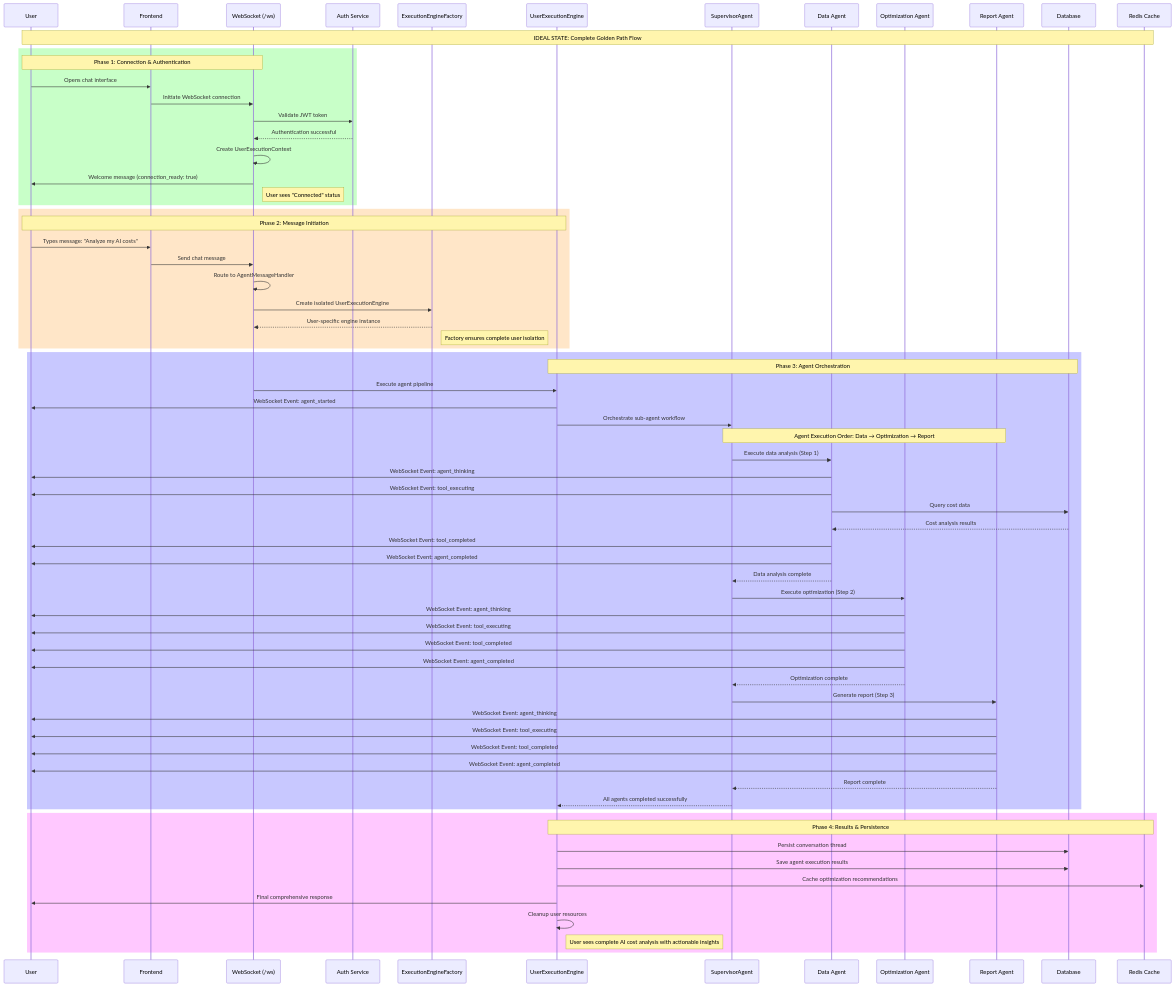
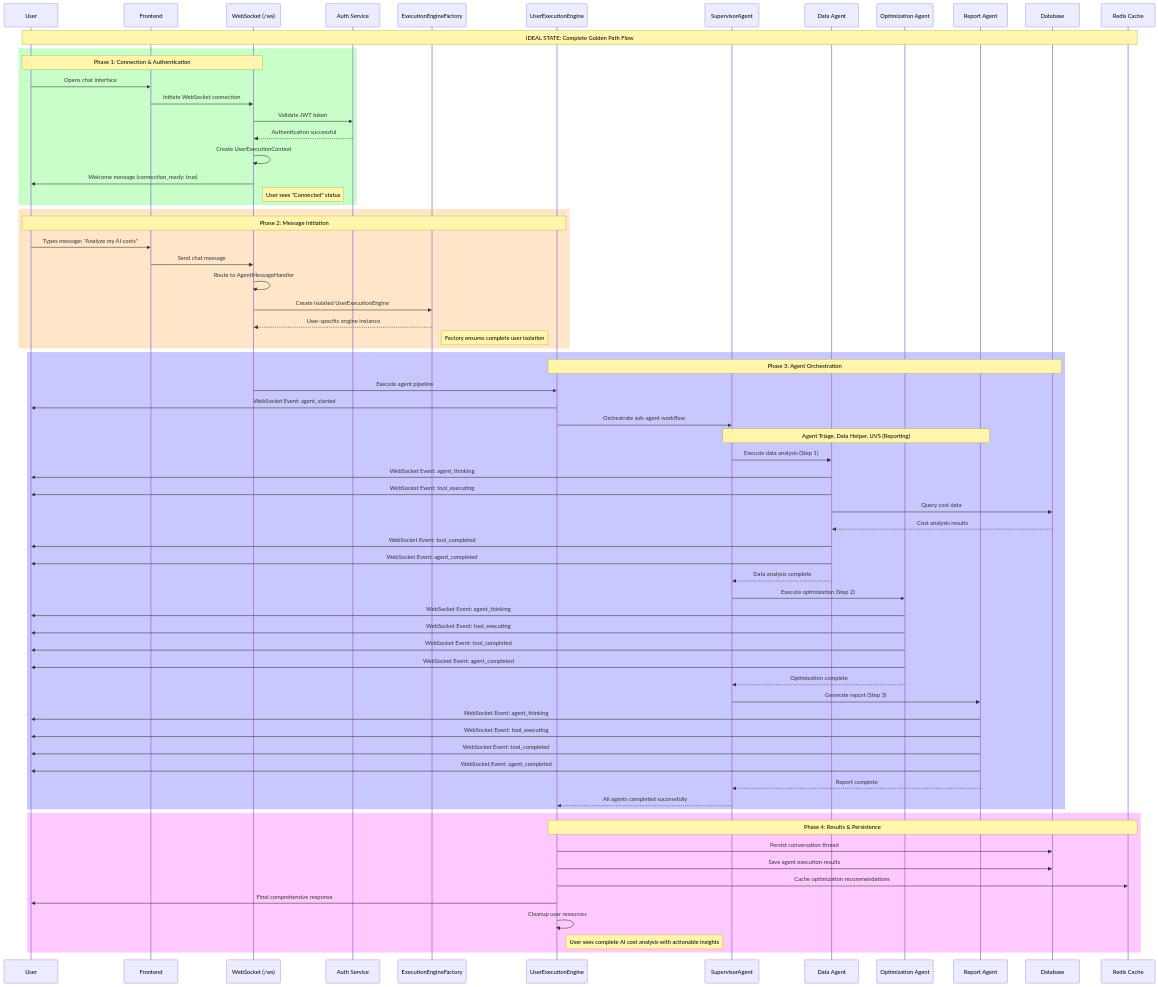
Before and after one commit to netra-systems/zen: the second of 12 diagrams in docs/GOLDEN_PATH_USER_FLOW_COMPLETE.md, drawn with Mermaid. The commit also changed 17 other files, not shown here.

````diff
--- a/docs/GOLDEN_PATH_USER_FLOW_COMPLETE.md
+++ b/docs/GOLDEN_PATH_USER_FLOW_COMPLETE.md
@@ -86,82 +86,82 @@
 ```mermaid
 sequenceDiagram
     participant User
     participant Frontend
     participant WebSocket as WebSocket (/ws)
     participant Auth as Auth Service
     participant Factory as ExecutionEngineFactory
     participant Engine as UserExecutionEngine
     participant Supervisor as SupervisorAgent
     participant DataAgent as Data Agent
     participant OptAgent as Optimization Agent
     participant ReportAgent as Report Agent
     participant DB as Database
     participant Redis as Redis Cache
     
     Note over User,Redis: IDEAL STATE: Complete Golden Path Flow
     
     rect rgb(200, 255, 200)
         Note over User,WebSocket: Phase 1: Connection & Authentication
         User->>Frontend: Opens chat interface
         Frontend->>WebSocket: Initiate WebSocket connection
         WebSocket->>Auth: Validate JWT token
         Auth-->>WebSocket: Authentication successful
         WebSocket->>WebSocket: Create UserExecutionContext
         WebSocket->>User: Welcome message (connection_ready: true)
         Note right of WebSocket: User sees "Connected" status
     end
     
     rect rgb(255, 230, 200)
         Note over User,Engine: Phase 2: Message Initiation
         User->>Frontend: Types message: "Analyze my AI costs"
         Frontend->>WebSocket: Send chat message
         WebSocket->>WebSocket: Route to AgentMessageHandler
         WebSocket->>Factory: Create isolated UserExecutionEngine
         Factory-->>WebSocket: User-specific engine instance
         Note right of Factory: Factory ensures complete user isolation
     end
     
     rect rgb(200, 200, 255)
         Note over Engine,DB: Phase 3: Agent Orchestration
         WebSocket->>Engine: Execute agent pipeline
         Engine->>User: WebSocket Event: agent_started
         Engine->>Supervisor: Orchestrate sub-agent workflow
         
-        Note over Supervisor,ReportAgent: Agent Execution Order: Data → Optimization → Report
+        Note over Supervisor,ReportAgent: Agent Triage, Data Helper, UVS (Reporting)
         
         Supervisor->>DataAgent: Execute data analysis (Step 1)
         DataAgent->>User: WebSocket Event: agent_thinking
         DataAgent->>User: WebSocket Event: tool_executing
         DataAgent->>DB: Query cost data
         DB-->>DataAgent: Cost analysis results
         DataAgent->>User: WebSocket Event: tool_completed
         DataAgent->>User: WebSocket Event: agent_completed
         DataAgent-->>Supervisor: Data analysis complete
         
         Supervisor->>OptAgent: Execute optimization (Step 2)
         OptAgent->>User: WebSocket Event: agent_thinking
         OptAgent->>User: WebSocket Event: tool_executing
         OptAgent->>User: WebSocket Event: tool_completed
         OptAgent->>User: WebSocket Event: agent_completed
         OptAgent-->>Supervisor: Optimization complete
         
         Supervisor->>ReportAgent: Generate report (Step 3)
         ReportAgent->>User: WebSocket Event: agent_thinking
         ReportAgent->>User: WebSocket Event: tool_executing
         ReportAgent->>User: WebSocket Event: tool_completed
         ReportAgent->>User: WebSocket Event: agent_completed
         ReportAgent-->>Supervisor: Report complete
         
         Supervisor-->>Engine: All agents completed successfully
     end
     
     rect rgb(255, 200, 255)
         Note over Engine,Redis: Phase 4: Results & Persistence
         Engine->>DB: Persist conversation thread
         Engine->>DB: Save agent execution results
         Engine->>Redis: Cache optimization recommendations
         Engine->>User: Final comprehensive response
         Engine->>Engine: Cleanup user resources
         Note right of Engine: User sees complete AI cost analysis with actionable insights
     end
 ```
````
